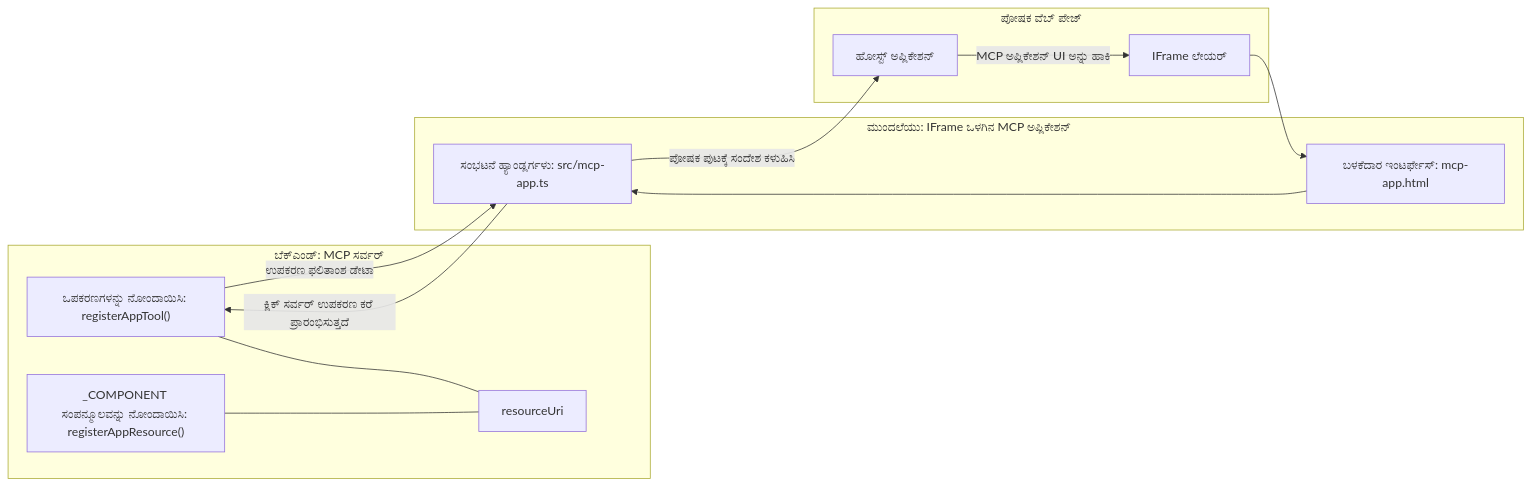
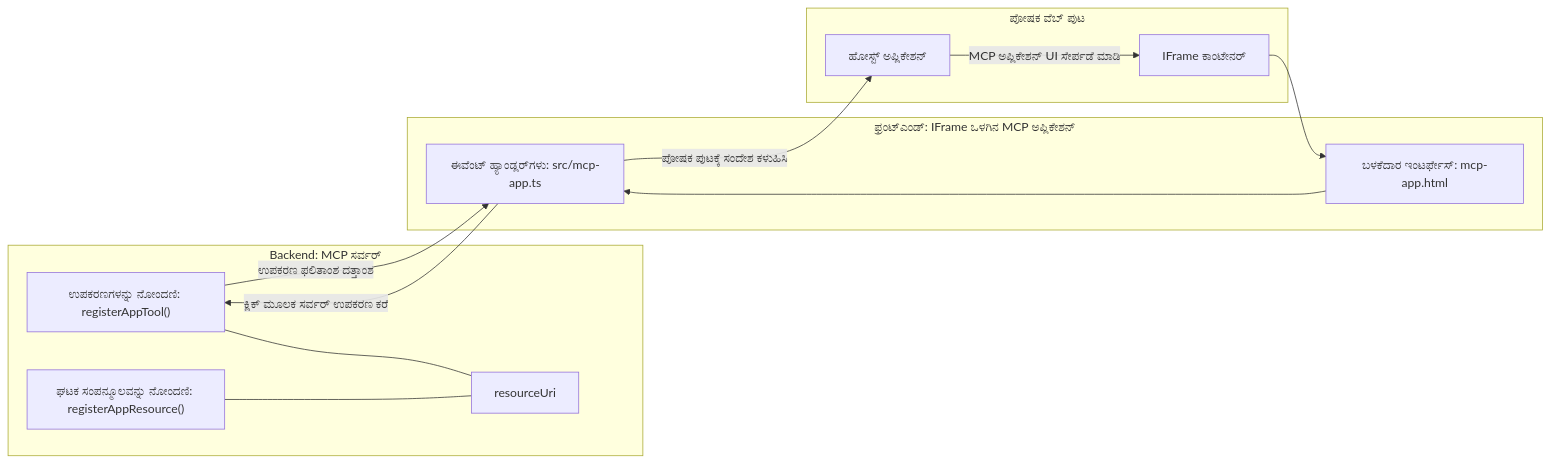
Before and after one commit to HIDORAKAI002/ai-workspace-archive: the diagram in mcp_ecosystem__model_context_protocol/mcp_learning_resources/mcp-for-beginners/translations/kn/03-GettingStarted/15-mcp-apps/README.md, drawn with Mermaid. The commit also changed other lines of this file and 1160 other files, not shown here.

````diff
--- a/mcp_ecosystem__model_context_protocol/mcp_learning_resources/mcp-for-beginners/translations/kn/03-GettingStarted/15-mcp-apps/README.md
+++ b/mcp_ecosystem__model_context_protocol/mcp_learning_resources/mcp-for-beginners/translations/kn/03-GettingStarted/15-mcp-apps/README.md
@@ -32,27 +32,27 @@
 ```mermaid
 flowchart LR
-  subgraph Backend[ಬೆಕ್‌ಎಂಡ್: MCP ಸರ್ವರ್]
-    T["ಒಪಕರಣಗಳನ್ನು ನೋಂದಾಯಿಸಿ: registerAppTool()"]
-    C["_COMPONENT ಸಂಪನ್ಮೂಲವನ್ನು ನೋಂದಾಯಿಸಿ: registerAppResource()"]
+  subgraph Backend[Backend: MCP ಸರ್ವರ್]
+    T["ಉಪಕರಣಗಳನ್ನು ನೋಂದಣಿ: registerAppTool()"]
+    C["ಘಟಕ ಸಂಪನ್ಮೂಲವನ್ನು ನೋಂದಣಿ: registerAppResource()"]
     U[resourceUri]
     T --- U
     C --- U
   end
 
-  subgraph Parent[ಪೋಷಕ ವೆಬ್ ಪೇಜ್]
+  subgraph Parent[ಪೋಷಕ ವೆಬ್ ಪುಟ]
     H[ಹೋಸ್ಟ್ ಅಪ್ಲಿಕೇಶನ್]
-    IFRAME[IFrame ಲೇಯರ್]
-    H -->|MCP ಅಪ್ಲಿಕೇಶನ್ UI ಅನ್ನು ಹಾಕಿ| IFRAME
+    IFRAME[IFrame ಕಾಂಟೇನರ್]
+    H -->|MCP ಅಪ್ಲಿಕೇಶನ್ UI ಸೇರ್ಪಡೆ ಮಾಡಿ| IFRAME
   end
 
-  subgraph Frontend[ಮುಂದಲೆಯು: IFrame ಒಳಗಿನ MCP ಅಪ್ಲಿಕೇಶನ್]
+  subgraph Frontend[ಫ್ರಂಟ್‌ಎಂಡ್: IFrame ಒಳಗಿನ MCP ಅಪ್ಲಿಕೇಶನ್]
     UI["ಬಳಕೆದಾರ ಇಂಟರ್ಫೇಸ್: mcp-app.html"]
-    EH["ಸಂಭಟನೆ ಹ್ಯಾಂಡ್ಲರ್ಗಳು: src/mcp-app.ts"]
+    EH["ಈವೆಂಟ್ ಹ್ಯಾಂಡ್ಲರ್‌ಗಳು: src/mcp-app.ts"]
     UI --> EH
   end
 
   IFRAME --> UI
-  EH -->|ಕ್ಲಿಕ್ ಸರ್ವರ್ ಉಪಕರಣ ಕರೆ ಪ್ರಾರಂಭಿಸುತ್ತದೆ| T
-  T -->|ಉಪಕರಣ ಫಲಿತಾಂಶ ಡೇಟಾ| EH
+  EH -->|ಕ್ಲಿಕ್ ಮೂಲಕ ಸರ್ವರ್ ಉಪಕರಣ ಕರೆ| T
+  T -->|ಉಪಕರಣ ಫಲಿತಾಂಶ ದತ್ತಾಂಶ| EH
   EH -->|ಪೋಷಕ ಪುಟಕ್ಕೆ ಸಂದೇಶ ಕಳುಹಿಸಿ| H
 ```
````
